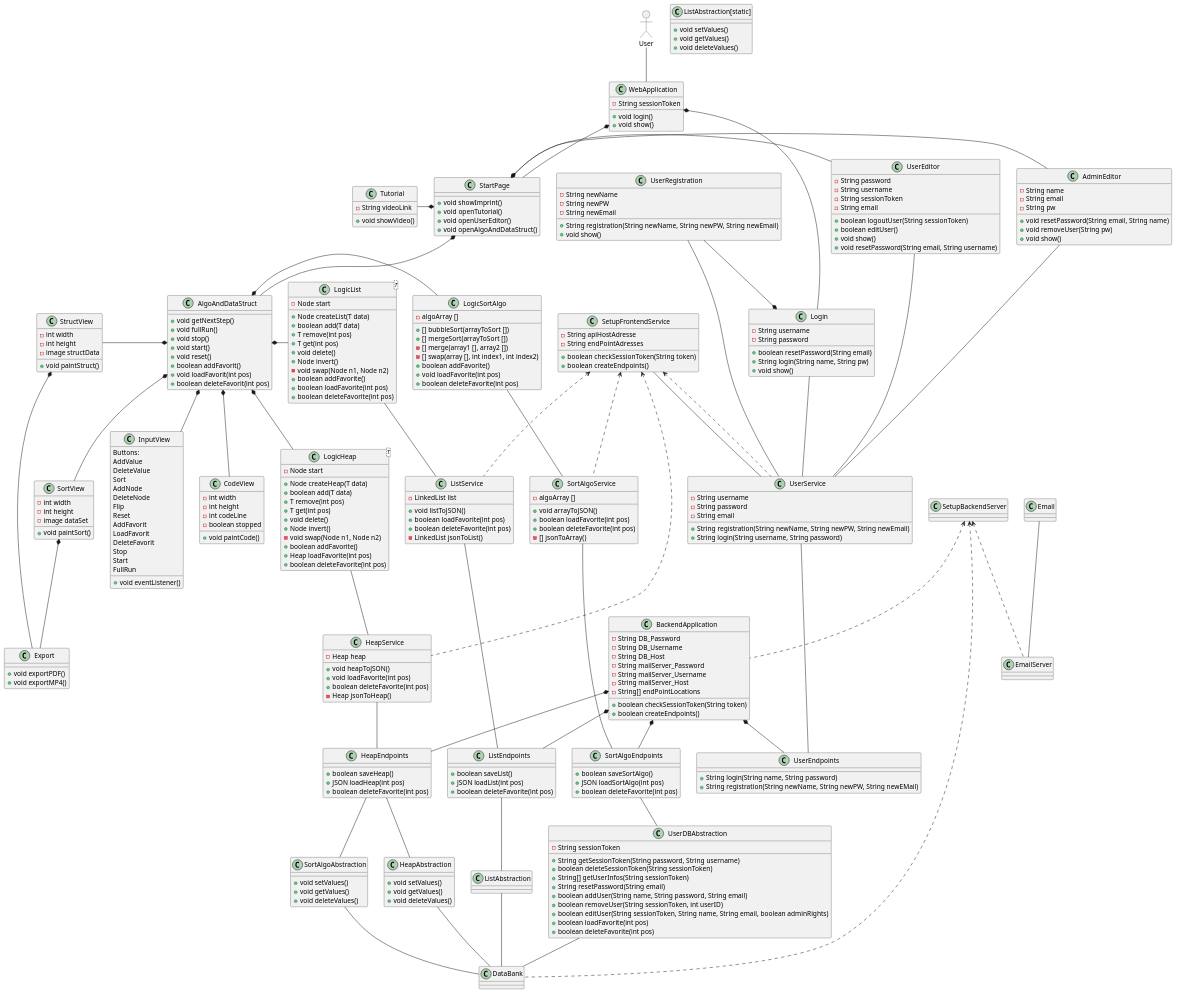
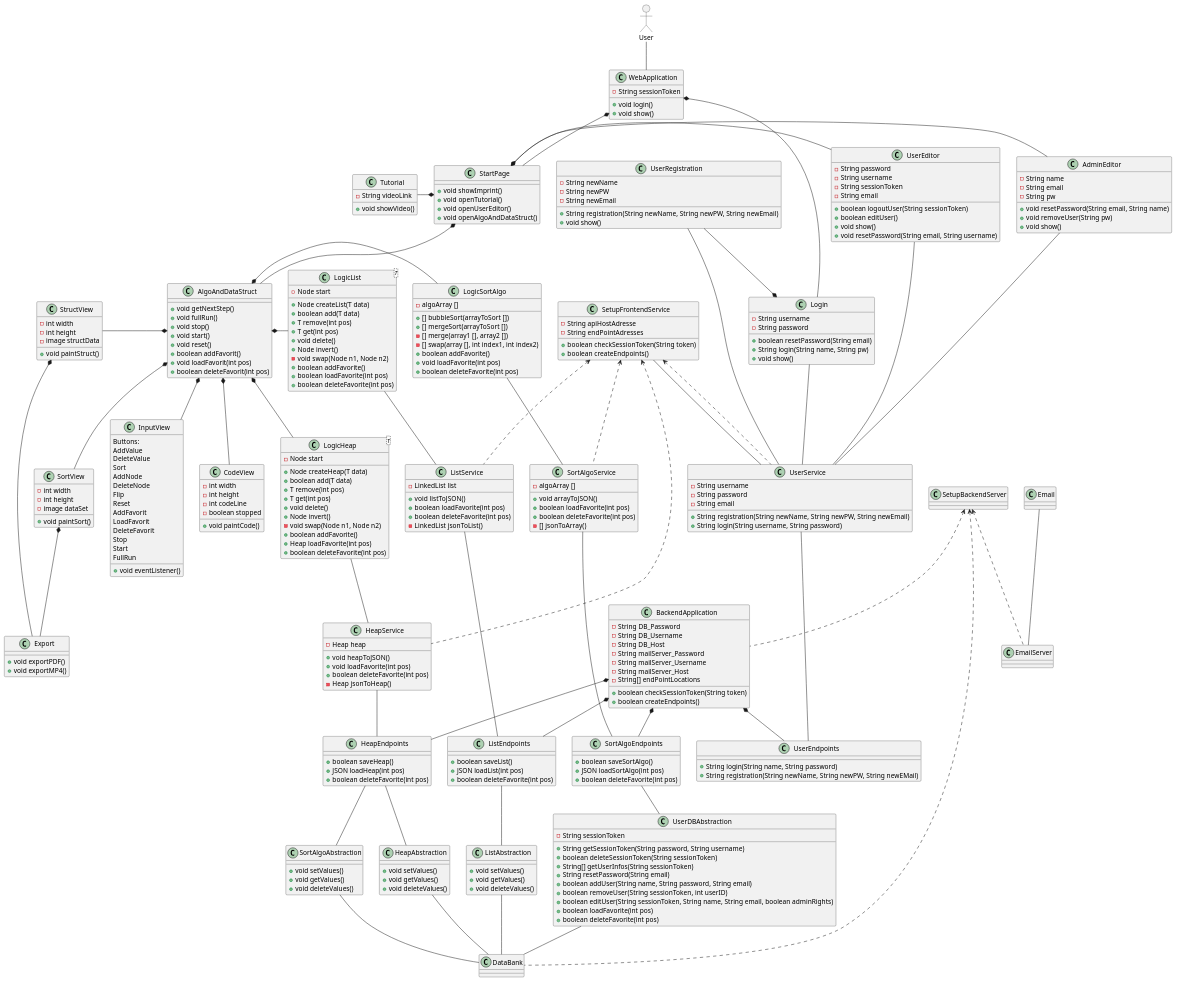
Before and after one commit to schmidti2002/Softwarepraktikum: the diagram in Meilensteine/Meilenstein_03/Visual.puml, drawn with PlantUML.

```diff
--- a/Meilensteine/Meilenstein_03/Visual.puml
+++ b/Meilensteine/Meilenstein_03/Visual.puml
@@ -284,7 +284,7 @@
   +void deleteValues()
 }
 
-class ListAbstraction[static] {
+class ListAbstraction {
 
   +void setValues()
   +void getValues()
```
